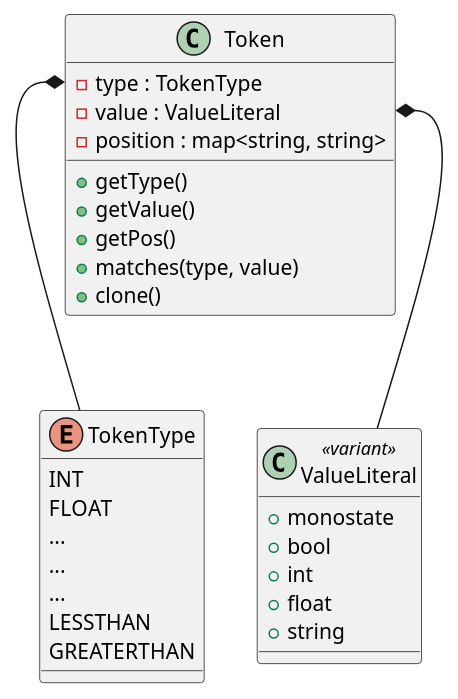
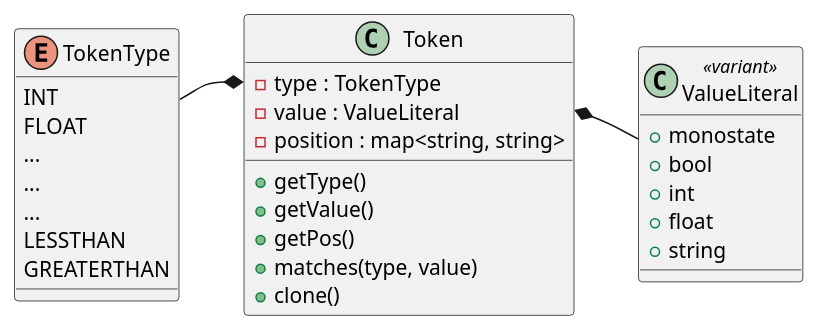
Before and after one commit to joshuapickup/VIS: the diagram in UML Diagrams/ClassDiagrams/Token.puml, drawn with PlantUML. The commit also changed 1477 other files, not shown here.

```diff
--- a/UML Diagrams/ClassDiagrams/Token.puml
+++ b/UML Diagrams/ClassDiagrams/Token.puml
@@ -1,35 +1,35 @@
 @startuml Token
 
 class Token {
     + getType()
     + getValue()
     + getPos()
     + matches(type, value)
     + clone()
     - type : TokenType
     - value : ValueLiteral
     - position : map<string, string>
 }
 
 enum TokenType {
     INT
     FLOAT
     ...
     ...
     ...
     LESSTHAN
     GREATERTHAN
 }
 
 class ValueLiteral <<variant>> {
     + monostate
     + bool
     + int
     + float
     + string
 }
 
-Token::type *-- TokenType
-Token::value *-- ValueLiteral
+TokenType -* Token::type
+Token::value *- ValueLiteral
 
 @enduml
```
